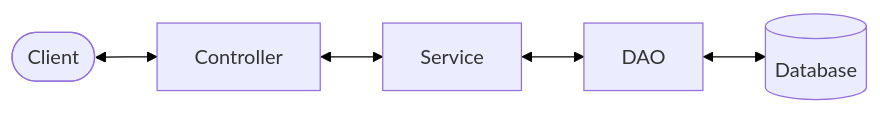
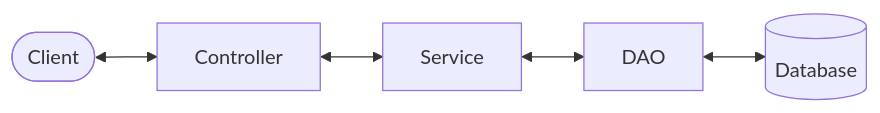
Before and after one commit to MaiTheHao/smart-room-iot-server: the second of 7 diagrams in SYSTEM.md, drawn with Mermaid. The commit also changed other lines of this file and 3 other files, not shown here.

````diff
--- a/SYSTEM.md
+++ b/SYSTEM.md
@@ -105,8 +104,7 @@
 ```mermaid
-%%{init: {'theme': 'default', 'themeVariables': {'primaryColor': '#ffffff', 'primaryTextColor': '#000000', 'lineColor': '#000000'}}}%%
 flowchart LR
     Client([Client]) <--> Controller
     Controller <--> Service
     Service <--> DAO
     DAO <--> DB[(Database)]
 ```
````
